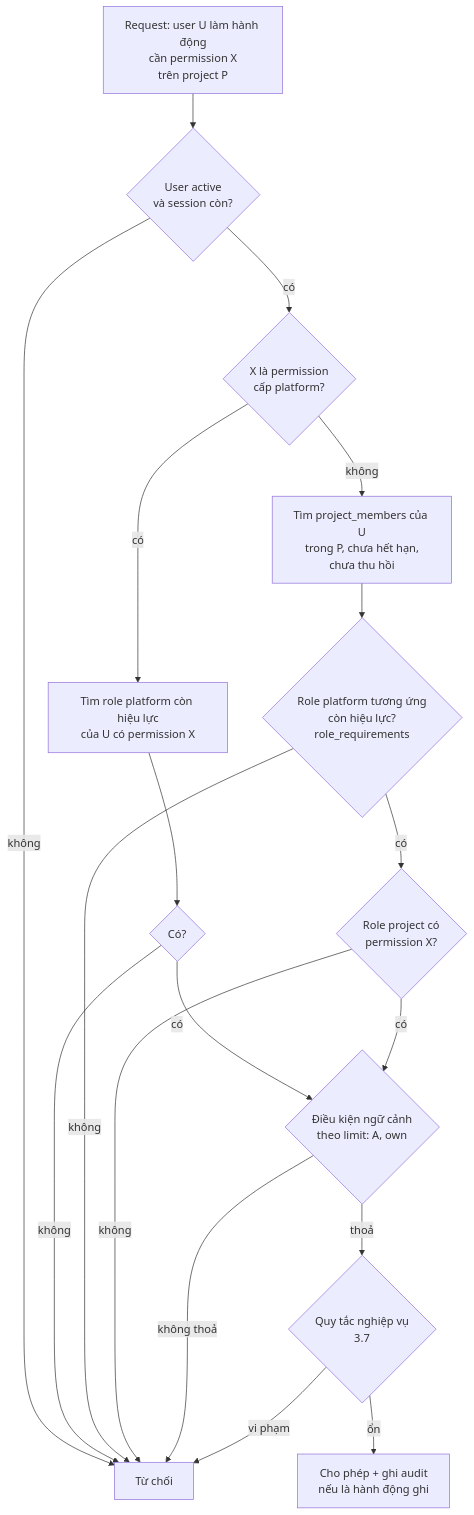
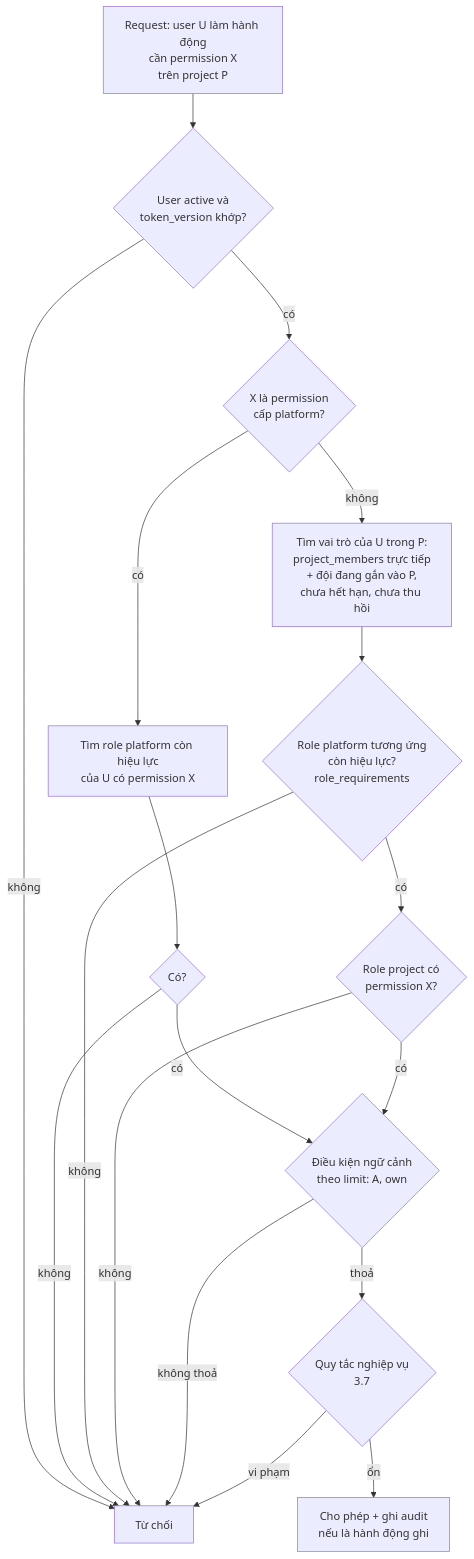
Before and after one commit to ducloc24/Annocollector: the third of 12 diagrams in docs/database_design.md, drawn with Mermaid. The commit also changed other lines of this file and 5 other files, not shown here.

````diff
--- a/docs/database_design.md
+++ b/docs/database_design.md
@@ -302,20 +336,20 @@
 ```mermaid
 flowchart TD
-    REQ[Request: user U làm hành động<br/>cần permission X<br/>trên project P] --> ACT{User active<br/>và session còn?}
+    REQ[Request: user U làm hành động<br/>cần permission X<br/>trên project P] --> ACT{User active và<br/>token_version khớp?}
     ACT -- không --> DENY[Từ chối]
     ACT -- có --> LV{X là permission<br/>cấp platform?}
     LV -- có --> PL[Tìm role platform còn hiệu lực<br/>của U có permission X]
     PL --> PLOK{Có?}
     PLOK -- không --> DENY
     PLOK -- có --> CTX
-    LV -- không --> MEM[Tìm project_members của U<br/>trong P, chưa hết hạn,<br/>chưa thu hồi]
+    LV -- không --> MEM[Tìm vai trò của U trong P:<br/>project_members trực tiếp<br/>+ đội đang gắn vào P,<br/>chưa hết hạn, chưa thu hồi]
     MEM --> REQD{Role platform tương ứng<br/>còn hiệu lực?<br/>role_requirements}
     REQD -- không --> DENY
     REQD -- có --> PERM{Role project có<br/>permission X?}
     PERM -- không --> DENY
     PERM -- có --> CTX{Điều kiện ngữ cảnh<br/>theo limit: A, own}
     CTX -- không thoả --> DENY
     CTX -- thoả --> RULE{Quy tắc nghiệp vụ<br/>3.7}
     RULE -- vi phạm --> DENY
     RULE -- ổn --> ALLOW[Cho phép + ghi audit<br/>nếu là hành động ghi]
 ```
````
